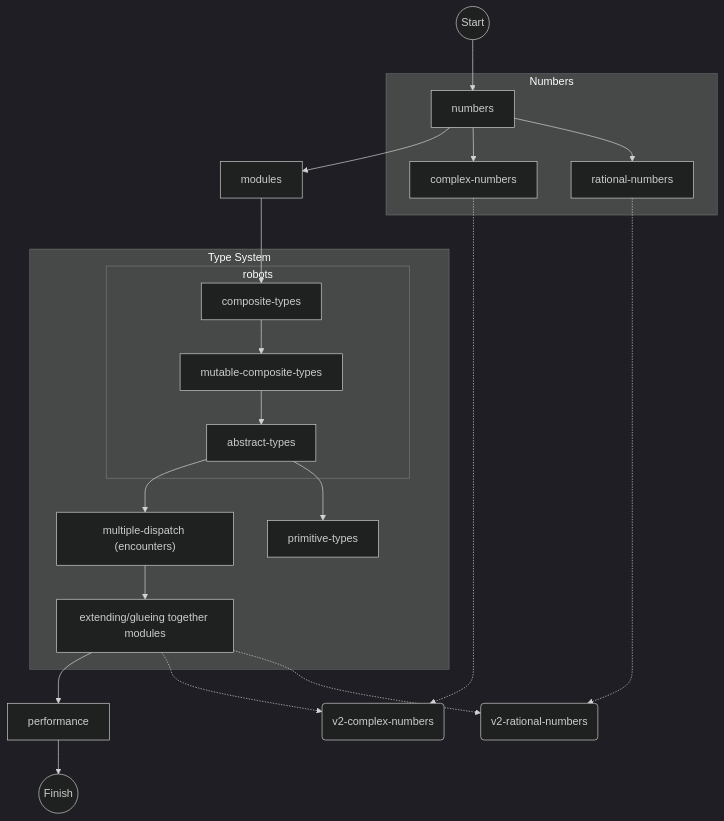
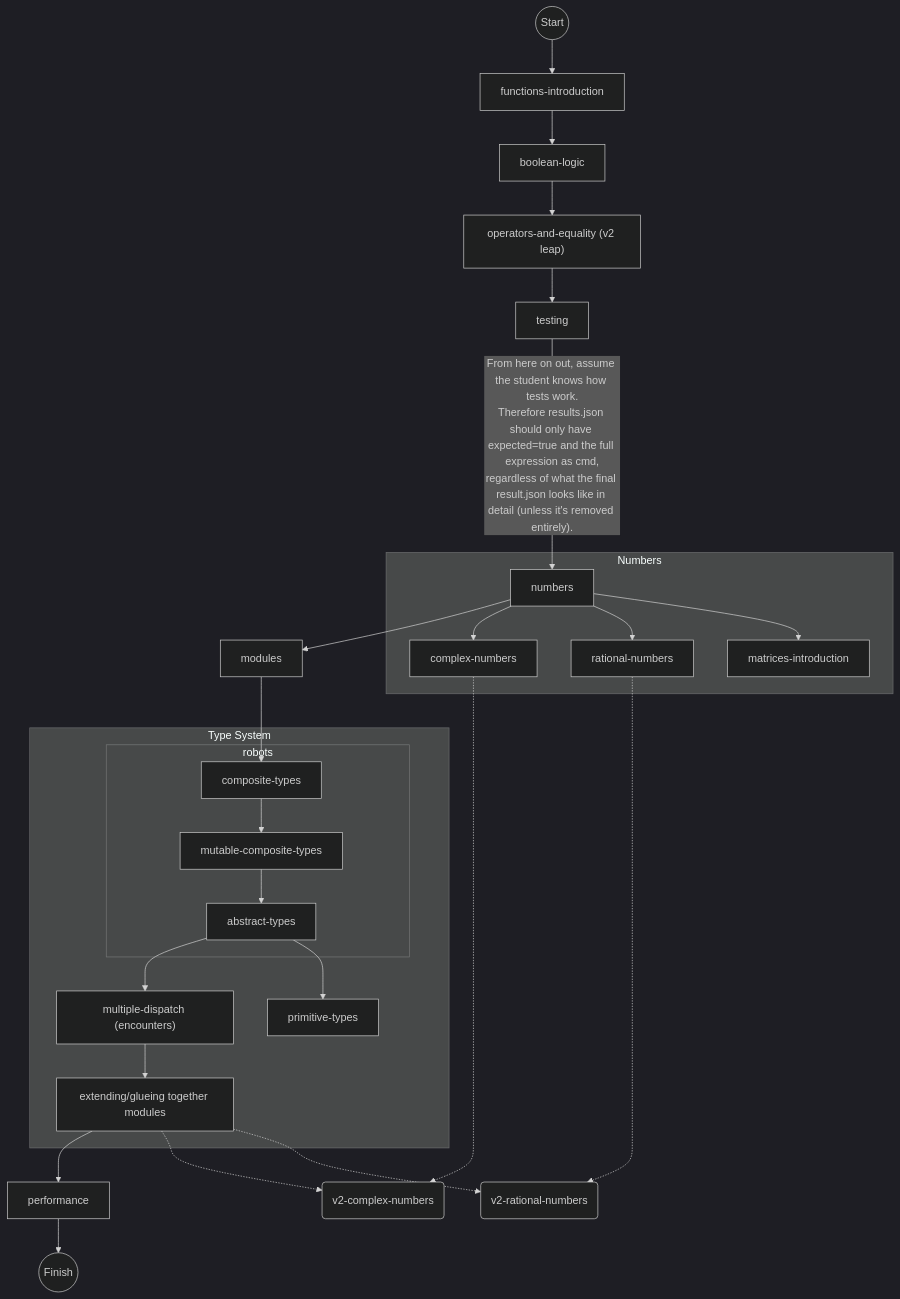
Before and after one commit to exercism/julia: the diagram in reference/progression.md, drawn with Mermaid (dark theme).

Commit message:
Update Progression notes

````diff
--- a/reference/progression.md
+++ b/reference/progression.md
@@ -11,31 +11,40 @@
 ```mermaid
 graph TD
 
-Start((Start)) --> numbers
+Start((Start)) --> functions-introduction
+
+functions-introduction --> boolean-logic
+
+boolean-logic --> leap["operators-and-equality (v2 leap)"]
+
+leap --> testing
+
+testing -- "From here on out, assume the student knows how tests work.<br/>Therefore results.json should only have expected=true and the full expression as cmd,<br/>regardless of what the final result.json looks like in detail (unless it's removed entirely)." --> numbers
 
 numbers --> modules
 
 modules --> composite-types
 subgraph Type System
 	subgraph robots
 		composite-types --> mutable-composite-types
 		mutable-composite-types --> abstract-types
 	end
 	abstract-types --> multiple-dispatch
 	multiple-dispatch["multiple-dispatch (encounters)"] --> extension[extending/glueing together modules]
 
 	abstract-types --> primitive-types
 end
 extension --> performance
 performance --> Finish((Finish))
 
 subgraph Numbers
 	numbers --> complex-numbers
 	numbers --> rational-numbers
+	numbers --> matrices-introduction
 end
 
 complex-numbers -.-> v2-complex-numbers(v2-complex-numbers)
 rational-numbers -.-> v2-rational-numbers(v2-rational-numbers)
 extension -.-> v2-complex-numbers
 extension -.-> v2-rational-numbers
 ```
````
